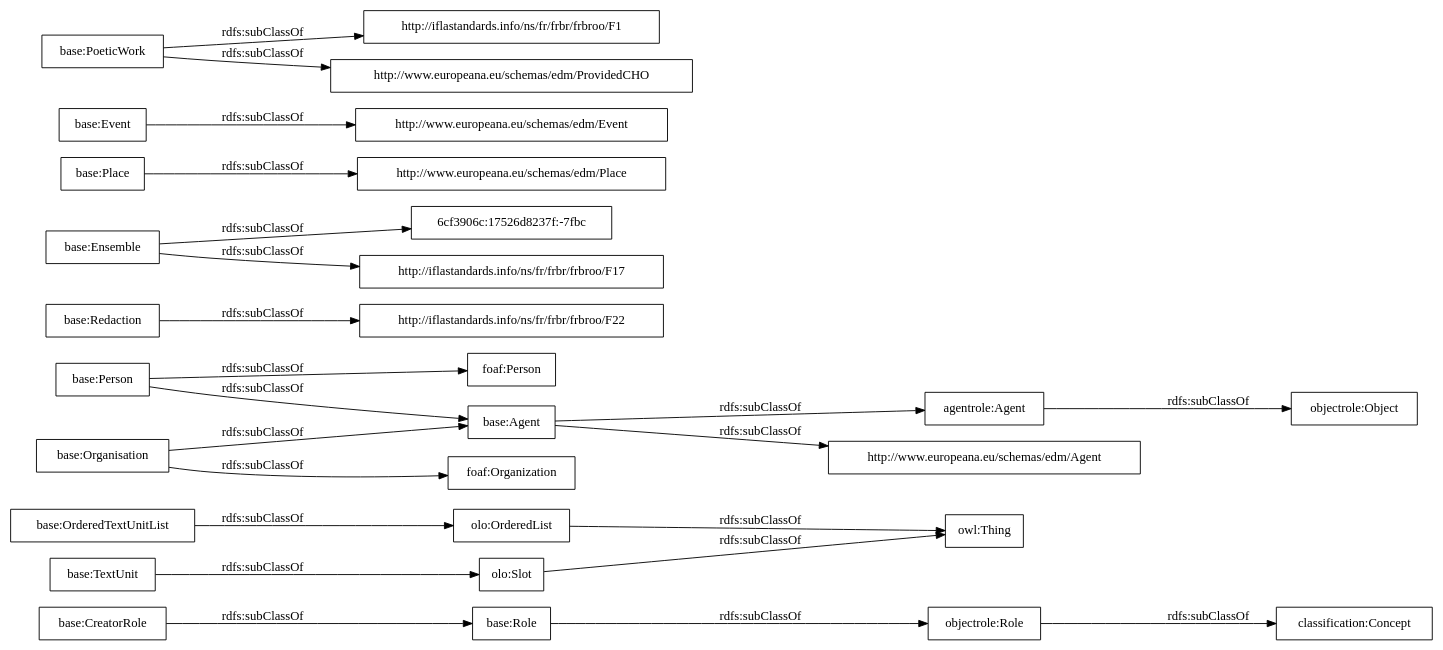
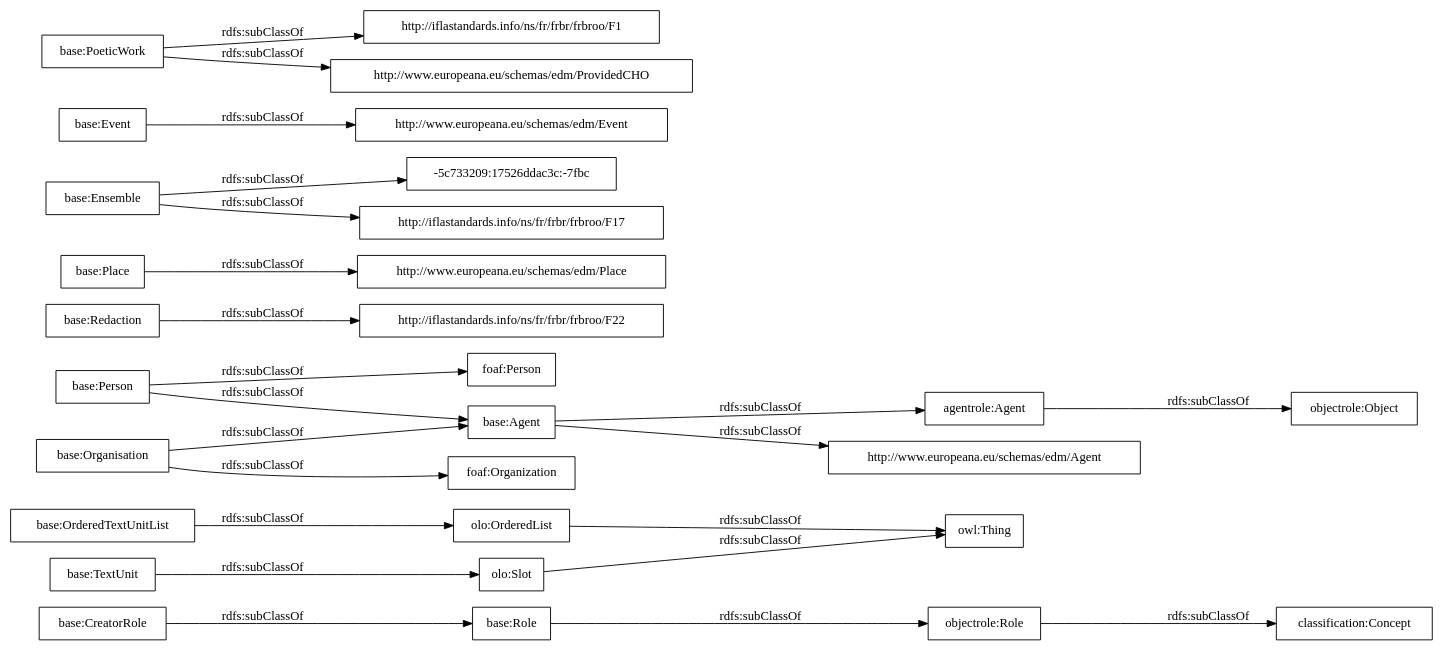
Before and after one commit to OnToologyUser/core-ontology-1: the diagram in OnToology/postdata-core.owl/diagrams/ar2dtool-taxonomy/postdata-core.owl.png.dot, drawn with Graphviz. The commit also changed 14 other files, not shown here.

```diff
--- a/OnToology/postdata-core.owl/diagrams/ar2dtool-taxonomy/postdata-core.owl.png.dot
+++ b/OnToology/postdata-core.owl/diagrams/ar2dtool-taxonomy/postdata-core.owl.png.dot
@@ -1,27 +1,27 @@
 digraph ar2dtool_diagram { 
 rankdir=LR;
 size="1000"
-node [shape = rectangle, color="black"]; "base:Role" "base:OrderedTextUnitList" "agentrole:Agent" "http://iflastandards.info/ns/fr/frbr/frbroo/F22" "http://www.europeana.eu/schemas/edm/Agent" "base:Agent" "base:CreatorRole" "base:Person" "6cf3906c:17526d8237f:-7fbc" "base:Organisation" "http://www.europeana.eu/schemas/edm/Place" "base:Redaction" "base:Ensemble" "foaf:Person" "http://www.europeana.eu/schemas/edm/Event" "base:TextUnit" "http://iflastandards.info/ns/fr/frbr/frbroo/F1" "foaf:Organization" "http://www.europeana.eu/schemas/edm/ProvidedCHO" "base:Place" "base:Event" "base:PoeticWork" "http://iflastandards.info/ns/fr/frbr/frbroo/F17" "owl:Thing" "objectrole:Role" "objectrole:Object" "olo:Slot" "olo:OrderedList" "classification:Concept" ; /*classes style*/
+node [shape = rectangle, color="black"]; "base:Role" "base:OrderedTextUnitList" "agentrole:Agent" "http://iflastandards.info/ns/fr/frbr/frbroo/F22" "http://www.europeana.eu/schemas/edm/Agent" "base:Agent" "base:CreatorRole" "base:Person" "base:Organisation" "http://www.europeana.eu/schemas/edm/Place" "base:Redaction" "base:Ensemble" "foaf:Person" "http://www.europeana.eu/schemas/edm/Event" "base:TextUnit" "http://iflastandards.info/ns/fr/frbr/frbroo/F1" "foaf:Organization" "-5c733209:17526ddac3c:-7fbc" "http://www.europeana.eu/schemas/edm/ProvidedCHO" "base:Place" "base:Event" "base:PoeticWork" "http://iflastandards.info/ns/fr/frbr/frbroo/F17" "owl:Thing" "objectrole:Role" "objectrole:Object" "olo:Slot" "olo:OrderedList" "classification:Concept" ; /*classes style*/
 	"base:Redaction" -> "http://iflastandards.info/ns/fr/frbr/frbroo/F22" [ label = "rdfs:subClassOf" ];
 	"base:Role" -> "objectrole:Role" [ label = "rdfs:subClassOf" ];
 	"base:Event" -> "http://www.europeana.eu/schemas/edm/Event" [ label = "rdfs:subClassOf" ];
 	"base:Person" -> "foaf:Person" [ label = "rdfs:subClassOf" ];
 	"base:Person" -> "base:Agent" [ label = "rdfs:subClassOf" ];
 	"olo:OrderedList" -> "owl:Thing" [ label = "rdfs:subClassOf" ];
 	"olo:Slot" -> "owl:Thing" [ label = "rdfs:subClassOf" ];
 	"base:PoeticWork" -> "http://www.europeana.eu/schemas/edm/ProvidedCHO" [ label = "rdfs:subClassOf" ];
 	"base:PoeticWork" -> "http://iflastandards.info/ns/fr/frbr/frbroo/F1" [ label = "rdfs:subClassOf" ];
 	"base:TextUnit" -> "olo:Slot" [ label = "rdfs:subClassOf" ];
 	"agentrole:Agent" -> "objectrole:Object" [ label = "rdfs:subClassOf" ];
-	"base:Ensemble" -> "6cf3906c:17526d8237f:-7fbc" [ label = "rdfs:subClassOf" ];
+	"base:Ensemble" -> "-5c733209:17526ddac3c:-7fbc" [ label = "rdfs:subClassOf" ];
 	"base:Ensemble" -> "http://iflastandards.info/ns/fr/frbr/frbroo/F17" [ label = "rdfs:subClassOf" ];
 	"base:OrderedTextUnitList" -> "olo:OrderedList" [ label = "rdfs:subClassOf" ];
 	"base:Agent" -> "agentrole:Agent" [ label = "rdfs:subClassOf" ];
 	"base:Agent" -> "http://www.europeana.eu/schemas/edm/Agent" [ label = "rdfs:subClassOf" ];
 	"objectrole:Role" -> "classification:Concept" [ label = "rdfs:subClassOf" ];
 	"base:Place" -> "http://www.europeana.eu/schemas/edm/Place" [ label = "rdfs:subClassOf" ];
 	"base:Organisation" -> "foaf:Organization" [ label = "rdfs:subClassOf" ];
 	"base:Organisation" -> "base:Agent" [ label = "rdfs:subClassOf" ];
 	"base:CreatorRole" -> "base:Role" [ label = "rdfs:subClassOf" ];
 
 }
```
